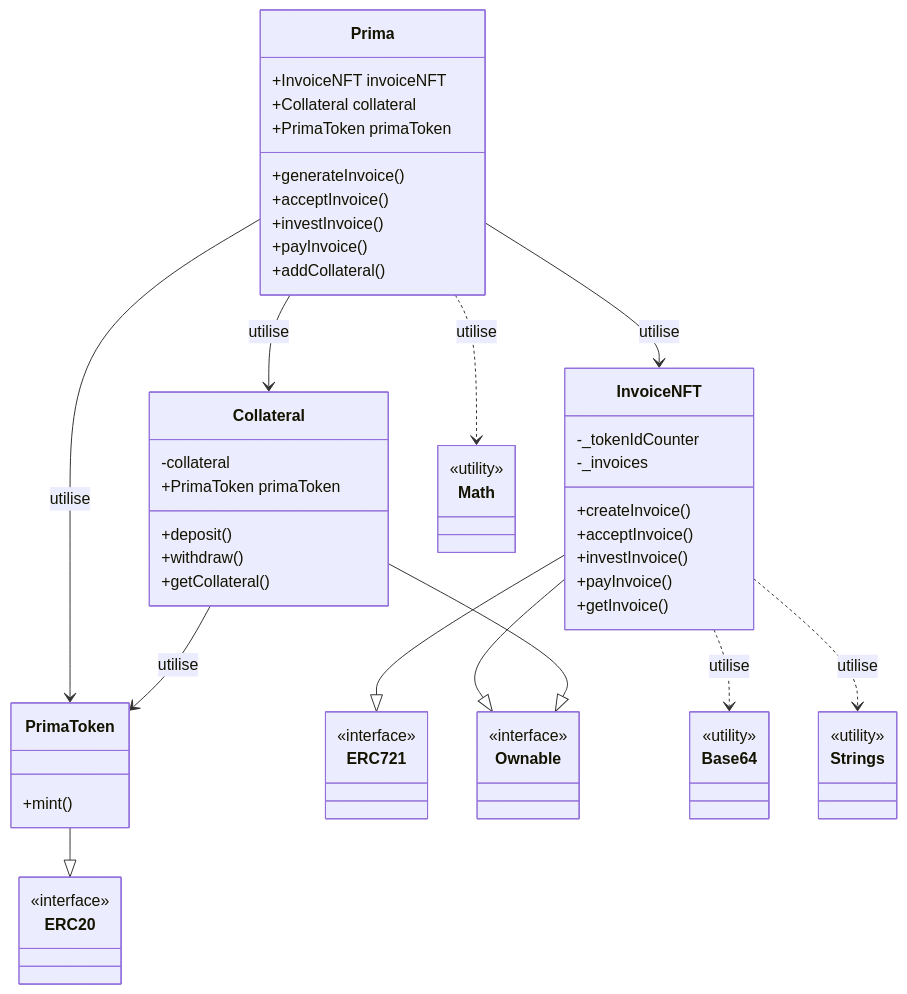
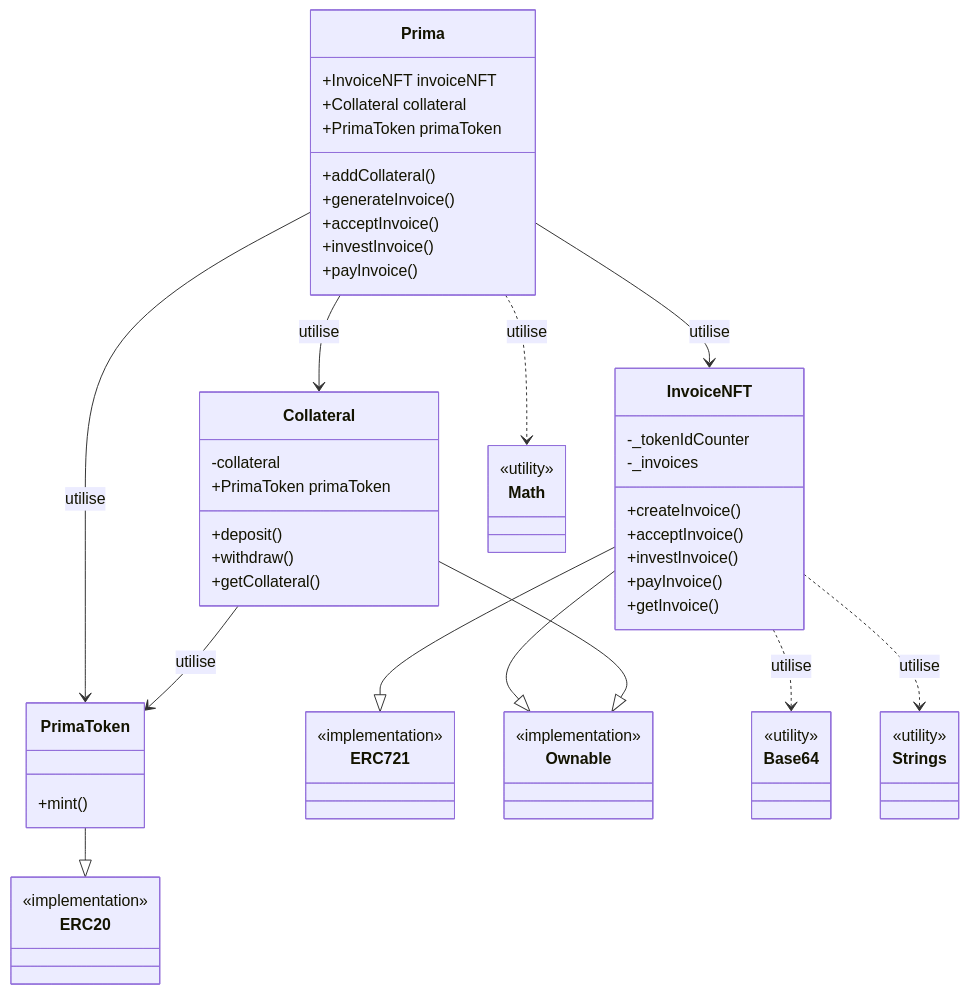
The diagram in docs/architecture.md (aaudelin/alyra-prima), drawn with Mermaid before and after one commit.

Commit message:
doc: improve architecture

````diff
--- a/docs/architecture.md
+++ b/docs/architecture.md
@@ -5,75 +5,75 @@
 ```mermaid
 classDiagram
     class Prima {
         +InvoiceNFT invoiceNFT
         +Collateral collateral
         +PrimaToken primaToken
+        +addCollateral()
         +generateInvoice()
         +acceptInvoice()
         +investInvoice()
         +payInvoice()
-        +addCollateral()
     }
 
     class InvoiceNFT {
         -_tokenIdCounter
         -_invoices
         +createInvoice()
         +acceptInvoice()
         +investInvoice()
         +payInvoice()
         +getInvoice()
     }
 
     class Collateral {
         -collateral
         +PrimaToken primaToken
         +deposit()
         +withdraw()
         +getCollateral()
     }
 
     class PrimaToken {
         +mint()
     }
 
     %% OpenZeppelin Contracts
     class ERC721 {
-        <<interface>>
+        <<implementation>>
     }
 
     class ERC20 {
-        <<interface>>
+        <<implementation>>
     }
 
     class Ownable {
-        <<interface>>
+        <<implementation>>
     }
 
     class Math {
         <<utility>>
     }
 
     class Base64 {
         <<utility>>
     }
 
     class Strings {
         <<utility>>
     }
 
     %% Relations entre les contrats
     Prima --> InvoiceNFT : utilise
     Prima --> Collateral : utilise
     Prima --> PrimaToken : utilise
     Prima ..> Math : utilise
     Collateral --> PrimaToken : utilise
 
     %% Héritage et implémentation
     InvoiceNFT --|> ERC721
     InvoiceNFT --|> Ownable
     InvoiceNFT ..> Base64 : utilise
     InvoiceNFT ..> Strings : utilise
     PrimaToken --|> ERC20
     Collateral --|> Ownable
 ```
````
